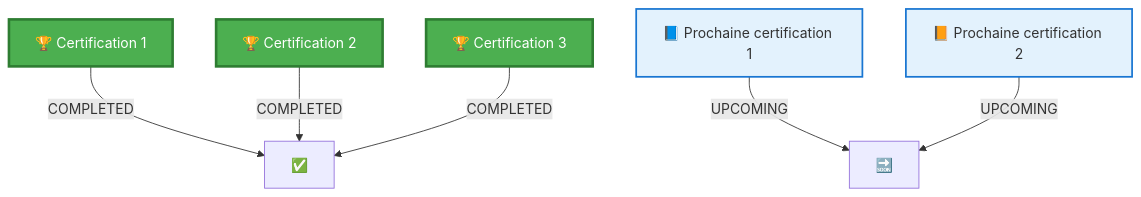
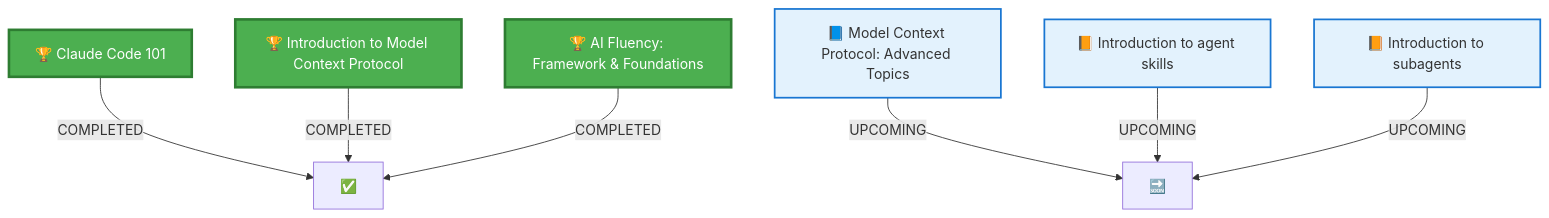
One commit to Charlene7508/ANTHROPIC_CERTIFICATES changed the diagram in README.md. Above: the diagram before and after it, drawn with Mermaid. The commit also changed other lines of this file, not shown here.

````diff
--- a/README.md
+++ b/README.md
@@ -60,14 +58,16 @@
 ```mermaid
 graph TD
-    A[🏆 Certification 1] -->|COMPLETED| B[✅]
-    C[🏆 Certification 2] -->|COMPLETED| B
-    D[🏆 Certification 3] -->|COMPLETED| B
-    G[📘 Prochaine certification 1] -->|UPCOMING| H[🔜]
-    I[📙 Prochaine certification 2] -->|UPCOMING| H
+    A[🏆 Claude Code 101] -->|COMPLETED| B[✅]
+    C[🏆 Introduction to Model Context Protocol] -->|COMPLETED| B
+    D[🏆 AI Fluency: Framework & Foundations] -->|COMPLETED| B
+    G[📘 Model Context Protocol: Advanced Topics] -->|UPCOMING| H[🔜]
+    I[📙 Introduction to agent skills] -->|UPCOMING| H
+    J[📙 Introduction to subagents] -->|UPCOMING| H
     
     style A fill:#4CAF50,stroke:#2E7D32,stroke-width:3px,color:#fff
     style C fill:#4CAF50,stroke:#2E7D32,stroke-width:3px,color:#fff
     style D fill:#4CAF50,stroke:#2E7D32,stroke-width:3px,color:#fff
     style G fill:#E3F2FD,stroke:#1976D2,stroke-width:2px
     style I fill:#E3F2FD,stroke:#1976D2,stroke-width:2px
+    style J fill:#E3F2FD,stroke:#1976D2,stroke-width:2px
 ```
````
